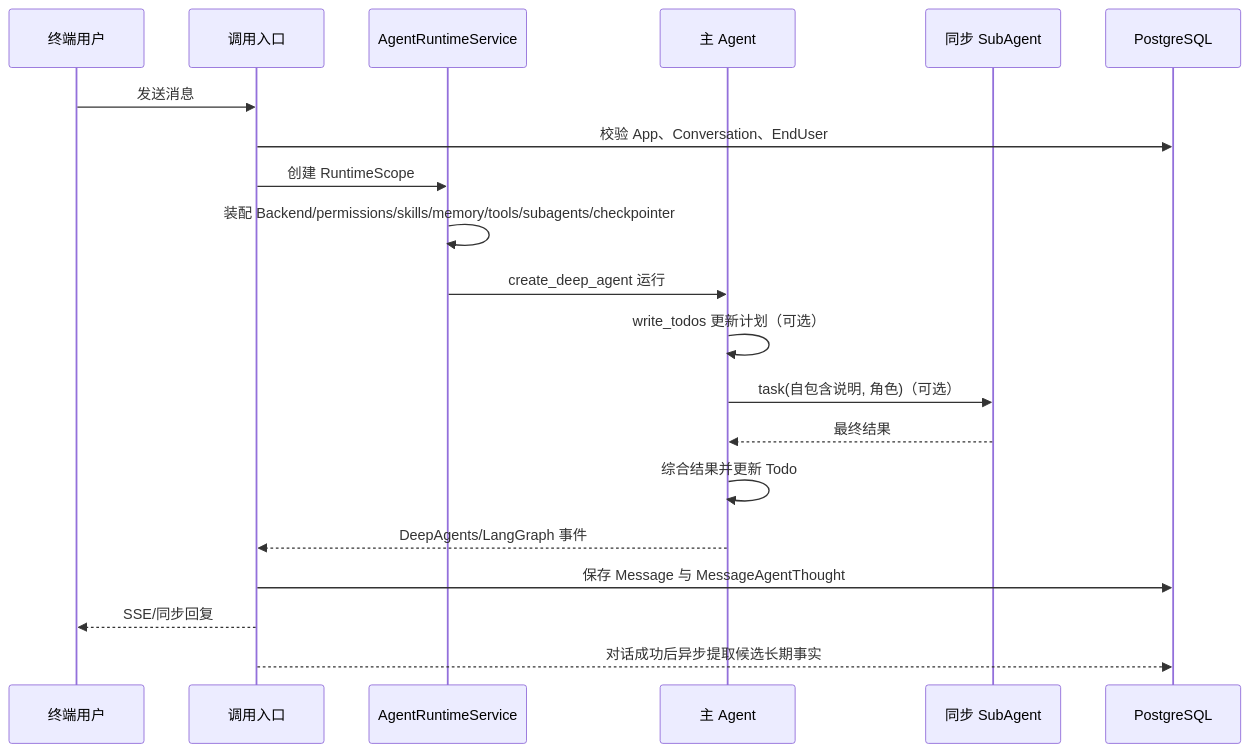
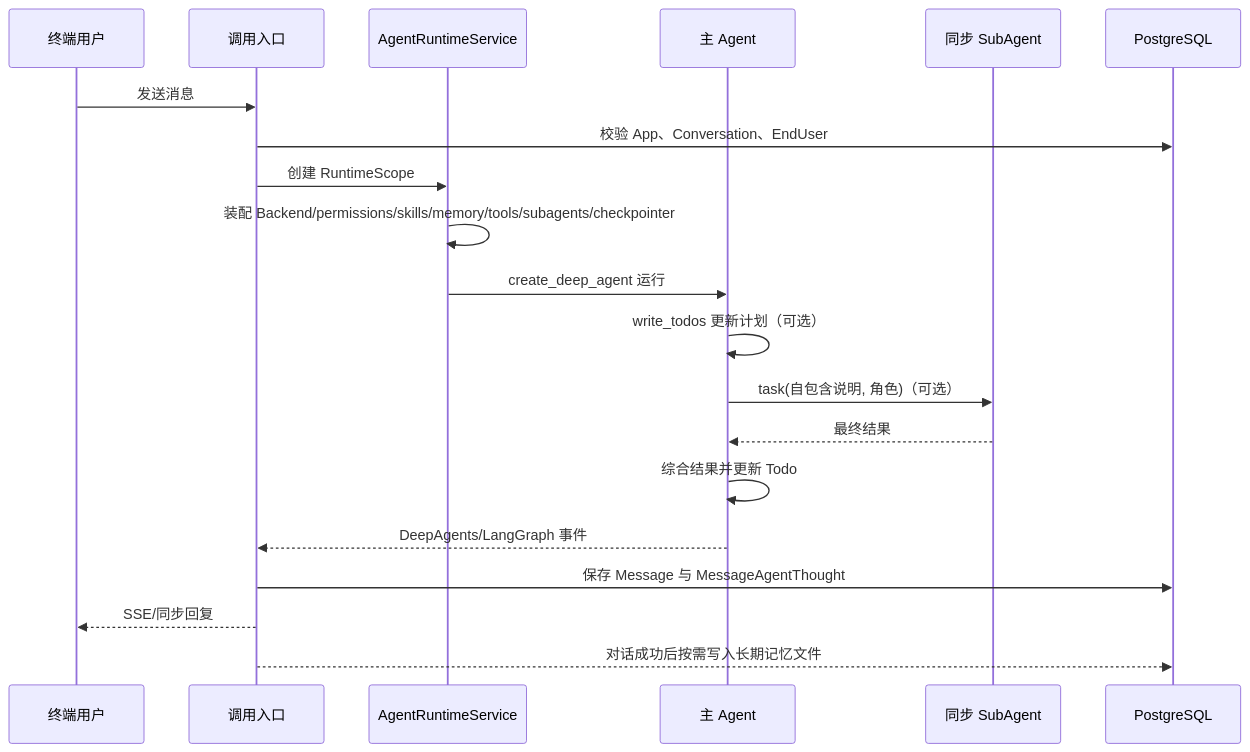
One commit to xiaomingtx12/niceagent changed the diagram in docs/deepagents-v2-plan/01-business-flow-and-db-tables.md. Above: the diagram before and after it, drawn with Mermaid. The commit also changed other lines of this file and 28 other files, not shown here.

Commit message:
docs(agent): update DeepAgents architecture documentation

````diff
--- a/docs/deepagents-v2-plan/01-business-flow-and-db-tables.md
+++ b/docs/deepagents-v2-plan/01-business-flow-and-db-tables.md
@@ -64,23 +66,23 @@
 ```mermaid
 sequenceDiagram
     participant U as 终端用户
     participant API as 调用入口
     participant RT as AgentRuntimeService
     participant A as 主 Agent
     participant S as 同步 SubAgent
     participant DB as PostgreSQL
 
     U->>API: 发送消息
     API->>DB: 校验 App、Conversation、EndUser
     API->>RT: 创建 RuntimeScope
     RT->>RT: 装配 Backend/permissions/skills/memory/tools/subagents/checkpointer
     RT->>A: create_deep_agent 运行
     A->>A: write_todos 更新计划（可选）
     A->>S: task(自包含说明, 角色)（可选）
     S-->>A: 最终结果
     A->>A: 综合结果并更新 Todo
     A-->>API: DeepAgents/LangGraph 事件
     API->>DB: 保存 Message 与 MessageAgentThought
     API-->>U: SSE/同步回复
-    API-->>DB: 对话成功后异步提取候选长期事实
+    API-->>DB: 对话成功后按需写入长期记忆文件
 ```
````
